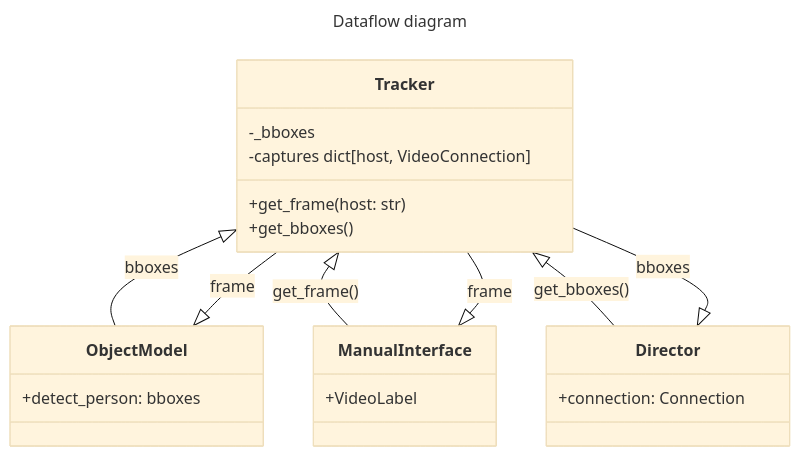
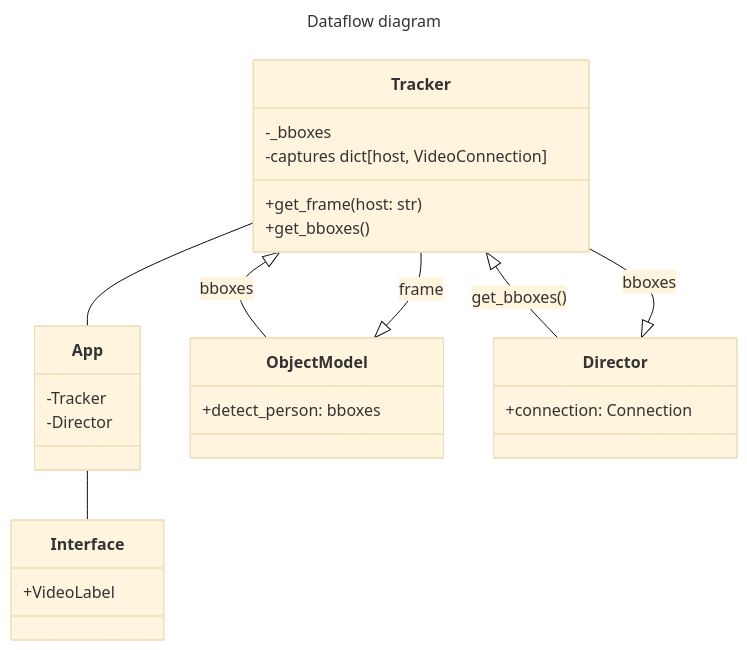
The diagram in technical/architecture/Commander Architecture.md (talos-rit/project_documentation), drawn with Mermaid (base theme) before and after one commit.

Commit message:
Feat: doc update 2025-12-01 10:24:05

````diff
--- a/technical/architecture/Commander Architecture.md
+++ b/technical/architecture/Commander Architecture.md
@@ -94,29 +94,34 @@
 ```mermaid
 ---
 title: Dataflow diagram
 ---
 classDiagram
+    App -- Interface
+    Tracker -- App
+    
     Tracker <|-- ObjectModel : bboxes
-    Tracker <|-- ManualInterface : get_frame()
-    ManualInterface <|-- Tracker : frame
     ObjectModel <|-- Tracker : frame
     Tracker <|-- Director : get_bboxes()
     Director <|-- Tracker : bboxes
 	
+	class Interface{
+        +VideoLabel
+    }
+    class App {
+	    -Tracker
+	    -Director
+    }
 	class Tracker{
 	    -_bboxes
 	    -captures dict[host, VideoConnection]
         +get_frame(host: str)
         +get_bboxes()
-    }
-    class ManualInterface{
-        +VideoLabel
     }
     class ObjectModel{
 	    +detect_person: bboxes
     }
     class Director{
         +connection: Connection
     }
     
 ```
````
